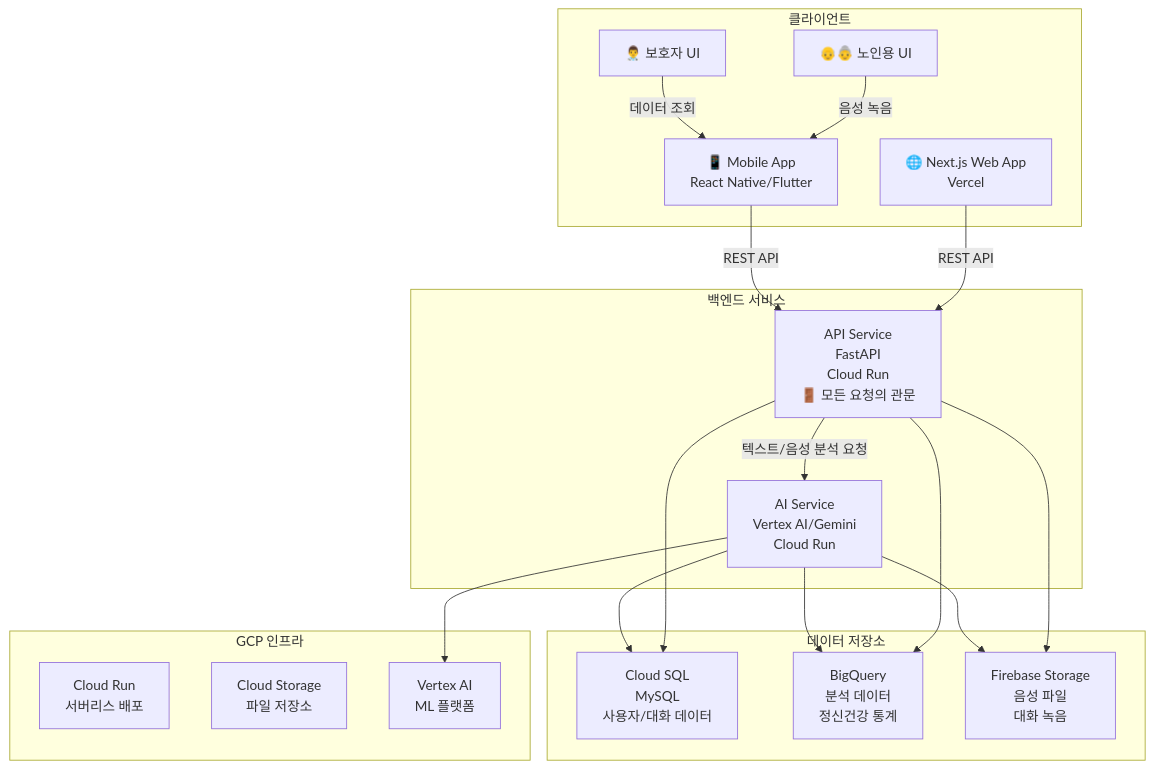
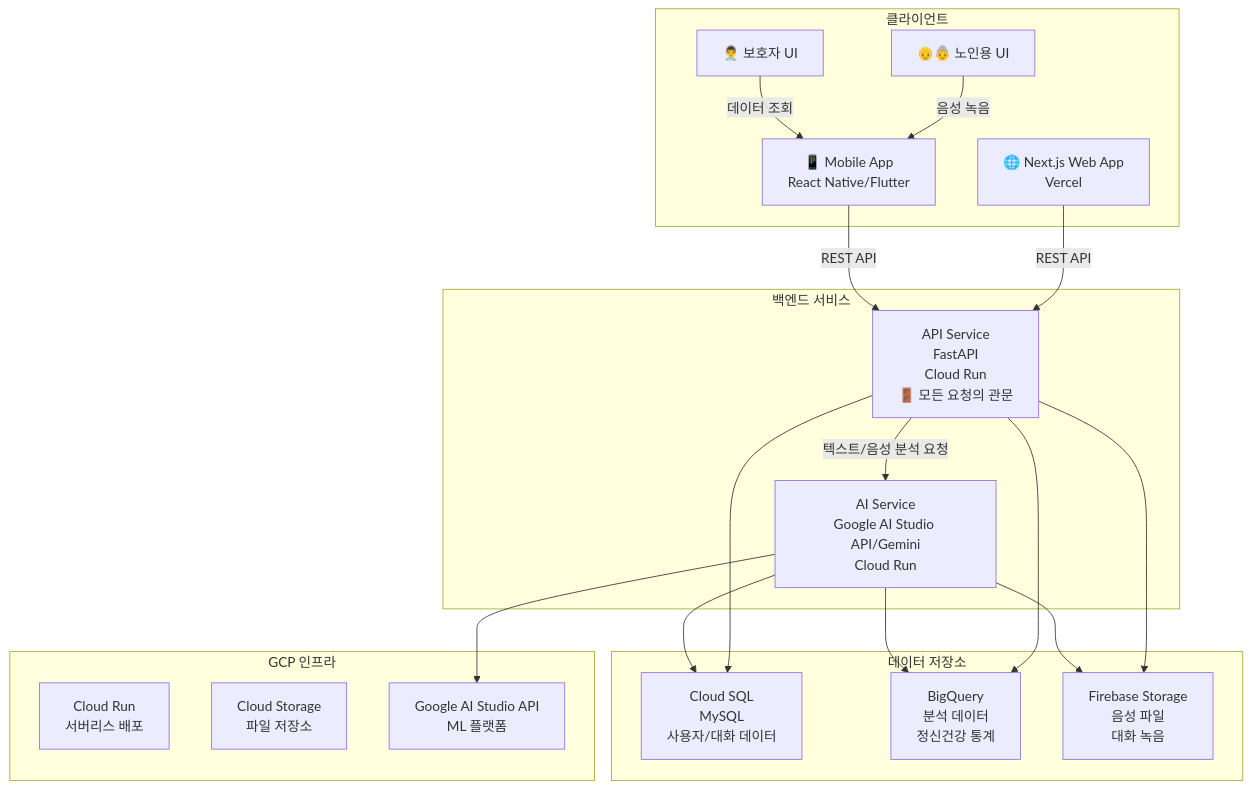
One commit to lmmj1221/senior_mhealth_lecture changed diagram 53 of 54 in docs/backend.md. Above: the diagram before and after it, drawn with Mermaid. The commit also changed other lines of this file and 7 other files, not shown here.

First line of the commit message:
docs: Update references from Vertex AI to Google AI Studio API

````diff
--- a/docs/backend.md
+++ b/docs/backend.md
@@ -4461,41 +4461,41 @@
 ```mermaid
 graph TB
     subgraph Client["클라이언트"]
         A1[🌐 Next.js Web App<br/>Vercel]
         A2[📱 Mobile App<br/>React Native/Flutter]
         A3[👴👵 노인용 UI]
         A4[👨‍⚕️ 보호자 UI]
     end
 
     subgraph Backend["백엔드 서비스"]
         B1[API Service<br/>FastAPI<br/>Cloud Run<br/>🚪 모든 요청의 관문]
-        B2[AI Service<br/>Vertex AI/Gemini<br/>Cloud Run]
+        B2[AI Service<br/>Google AI Studio API/Gemini<br/>Cloud Run]
     end
 
     subgraph Database["데이터 저장소"]
         C1[Cloud SQL<br/>MySQL<br/>사용자/대화 데이터]
         C2[BigQuery<br/>분석 데이터<br/>정신건강 통계]
         C3[Firebase Storage<br/>음성 파일<br/>대화 녹음]
     end
 
     subgraph Cloud["GCP 인프라"]
         D1[Cloud Run<br/>서버리스 배포]
         D2[Cloud Storage<br/>파일 저장소]
-        D3[Vertex AI<br/>ML 플랫폼]
+        D3[Google AI Studio API<br/>ML 플랫폼]
     end
 
     A1 -->|REST API| B1
     A2 -->|REST API| B1
     A3 -->|음성 녹음| A2
     A4 -->|데이터 조회| A2
 
     B1 -->|텍스트/음성 분석 요청| B2
     B1 --> C1
     B1 --> C2
     B1 --> C3
 
     B2 --> C1
     B2 --> C2
     B2 --> C3
     B2 --> D3
 ```
````
